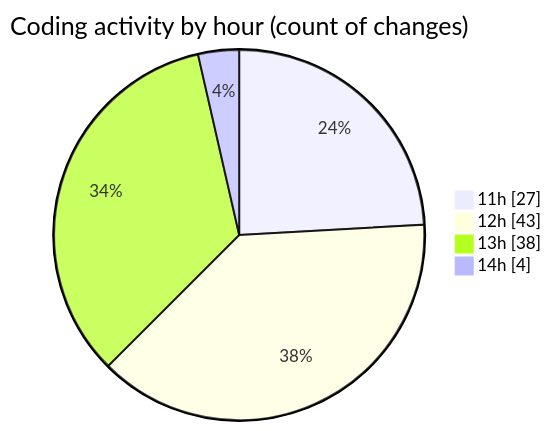
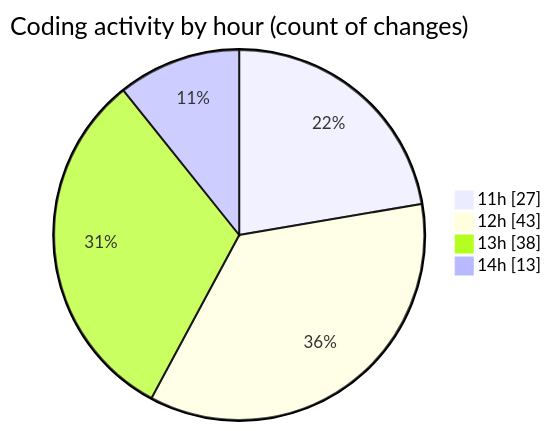
Before and after one commit to momahboobian/code-tracking: the second of 2 diagrams in 2026-01-05/cda/README.md, drawn with Mermaid. The commit also changed other lines of this file and 1 other file, not shown here.

````diff
--- a/2026-01-05/cda/README.md
+++ b/2026-01-05/cda/README.md
@@ -36,8 +36,8 @@
 ```mermaid
 pie showData
 title Coding activity by hour (count of changes)
 "11h" : 27
 "12h" : 43
 "13h" : 38
-"14h" : 4
+"14h" : 13
 ```
````
